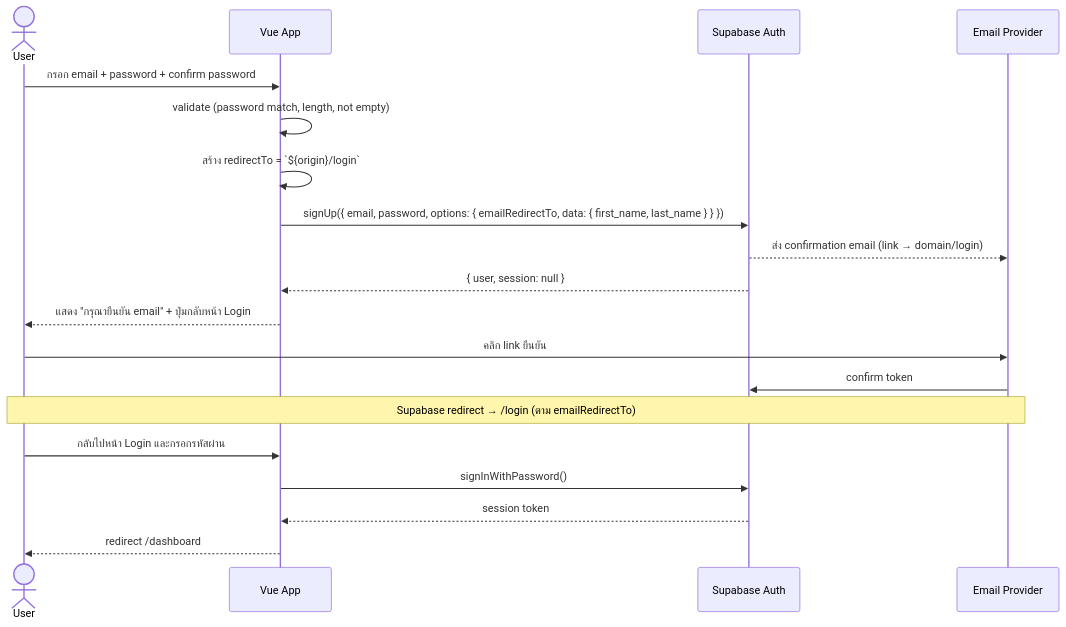
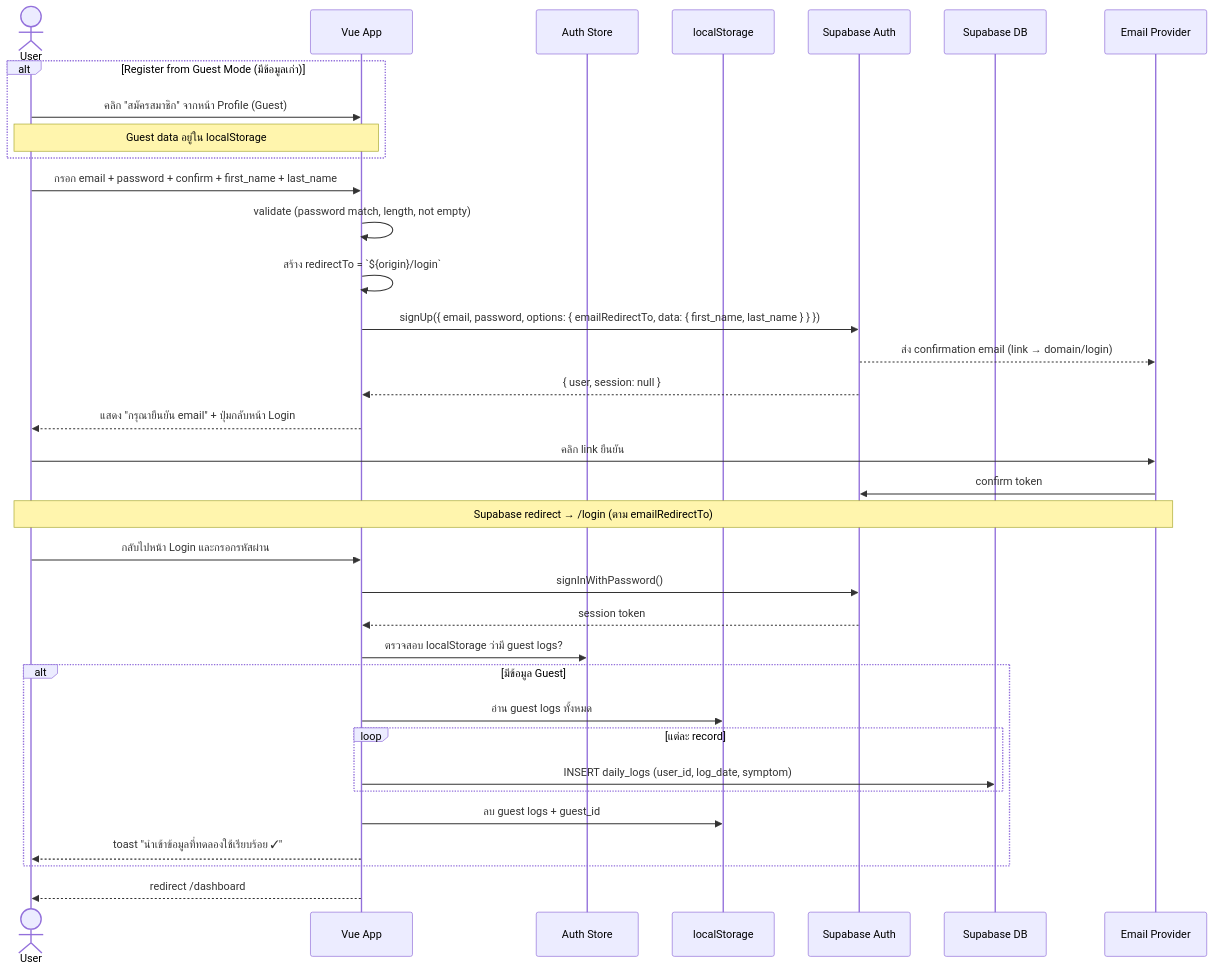
One commit to KomnutWanNTL/KidHealthTracker changed the third of 5 diagrams in .docs/requirements-kidhealth-tracker.md. Above: the diagram before and after it, drawn with Mermaid. The commit also changed other lines of this file and 2 other files, not shown here.

First line of the commit message:
docs: add Guest Mode (v2.0.0) documentation to requirements, plan, and tasks

````diff
--- a/.docs/requirements-kidhealth-tracker.md
+++ b/.docs/requirements-kidhealth-tracker.md
@@ -97,23 +137,43 @@
 ```mermaid
 sequenceDiagram
     actor User
     participant Vue as Vue App
+    participant Store as Auth Store
+    participant LS as localStorage
     participant Supabase as Supabase Auth
+    participant DB as Supabase DB
     participant Email as Email Provider
 
-    User->>Vue: กรอก email + password + confirm password
+    alt Register from Guest Mode (มีข้อมูลเก่า)
+        User->>Vue: คลิก "สมัครสมาชิก" จากหน้า Profile (Guest)
+        Note over User,Vue: Guest data อยู่ใน localStorage
+    end
+
+    User->>Vue: กรอก email + password + confirm + first_name + last_name
     Vue->>Vue: validate (password match, length, not empty)
     Vue->>Vue: สร้าง redirectTo = `${origin}/login`
     Vue->>Supabase: signUp({ email, password, options: { emailRedirectTo, data: { first_name, last_name } } })
     Supabase-->>Email: ส่ง confirmation email (link → domain/login)
     Supabase-->>Vue: { user, session: null }
     Vue-->>User: แสดง "กรุณายืนยัน email" + ปุ่มกลับหน้า Login
 
     User->>Email: คลิก link ยืนยัน
     Email->>Supabase: confirm token
     Note over User,Email: Supabase redirect → /login (ตาม emailRedirectTo)
+
     User->>Vue: กลับไปหน้า Login และกรอกรหัสผ่าน
     Vue->>Supabase: signInWithPassword()
     Supabase-->>Vue: session token
+
+    Vue->>Store: ตรวจสอบ localStorage ว่ามี guest logs?
+    alt มีข้อมูล Guest
+        Vue->>LS: อ่าน guest logs ทั้งหมด
+        loop แต่ละ record
+            Vue->>DB: INSERT daily_logs (user_id, log_date, symptom)
+        end
+        Vue->>LS: ลบ guest logs + guest_id
+        Vue-->>User: toast "นำเข้าข้อมูลที่ทดลองใช้เรียบร้อย ✓"
+    end
+
     Vue-->>User: redirect /dashboard
 ```
````
